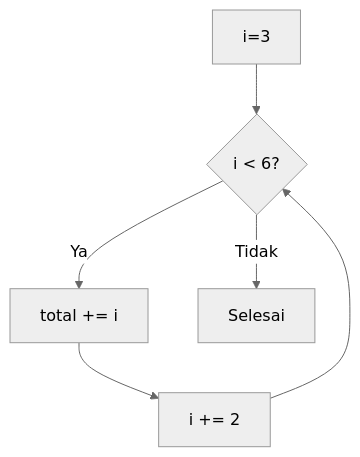
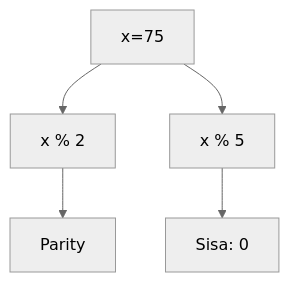
Before and after one commit to amnahwaida/OSNK_INF_PREP: diagram 18 of 25 in part-c-pemahaman-cpp/03-perulangan/latihan/set-03.md, drawn with Mermaid (neutral theme). The commit also changed other lines of this file and 71 other files, not shown here.

````diff
--- a/part-c-pemahaman-cpp/03-perulangan/latihan/set-03.md
+++ b/part-c-pemahaman-cpp/03-perulangan/latihan/set-03.md
@@ -559,8 +536,7 @@
 ```mermaid
 graph TD
-    A[i=3] --> B{i < 6?}
-    B -- Ya --> C[total += i]
-    C --> D[i += 2]
-    D --> B
-    B -- Tidak --> E[Selesai]
+A[x=75] --> B[x % 2]
+B --> C[Parity]
+A --> D[x % 5]
+D --> E[Sisa: 0]
 ```
````
